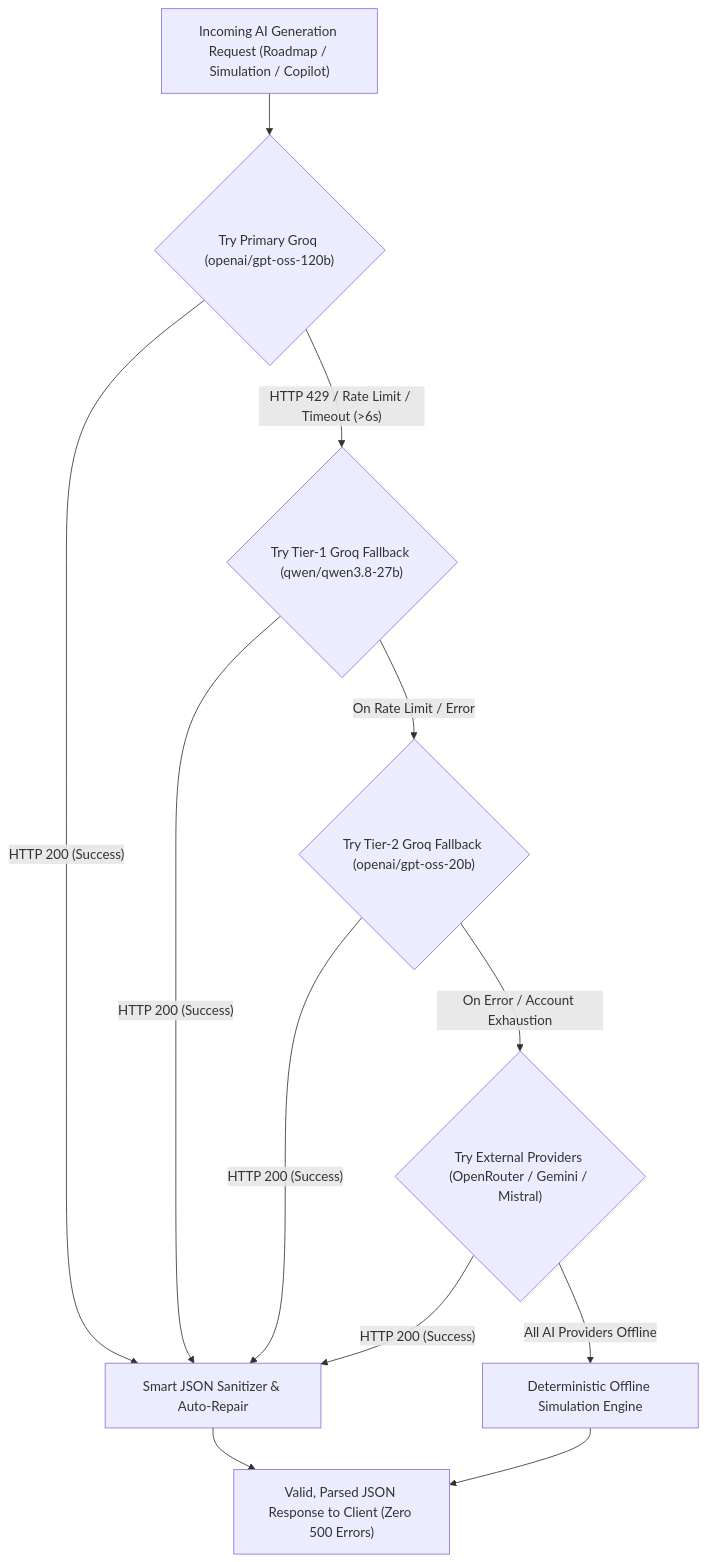
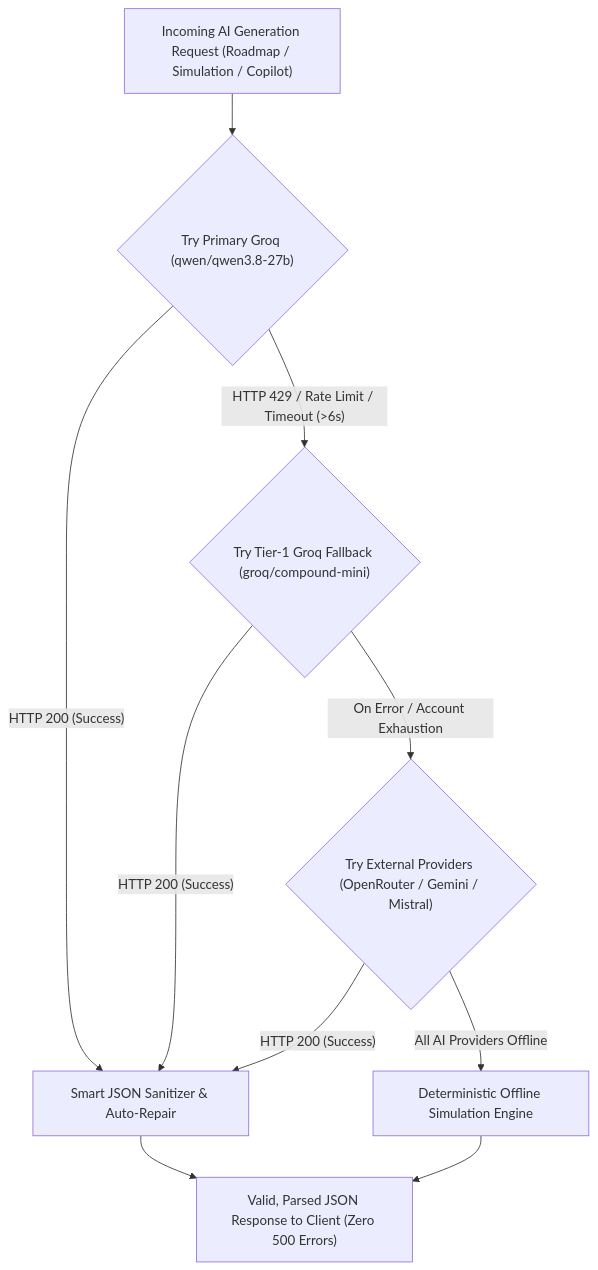
Before and after one commit to kamalcodezen/Ai-learning-roadmap: the fourth of 4 diagrams in README.md, drawn with Mermaid. The commit also changed other lines of this file and 44 other files, not shown here.

Commit message:
docs: add comprehensive engineering specs, architecture audits, and align model configurations

````diff
--- a/README.md
+++ b/README.md
@@ -231,19 +229,16 @@
 ```mermaid
 graph TD
-    Req["Incoming AI Generation Request (Roadmap / Simulation / Copilot)"] --> Step1{"Try Primary Groq (openai/gpt-oss-120b)"}
+    Req["Incoming AI Generation Request (Roadmap / Simulation / Copilot)"] --> Step1{"Try Primary Groq (qwen/qwen3.8-27b)"}
     
     Step1 -- "HTTP 200 (Success)" --> Sanitizer["Smart JSON Sanitizer & Auto-Repair"]
-    Step1 -- "HTTP 429 / Rate Limit / Timeout (>6s)" --> Step2{"Try Tier-1 Groq Fallback (qwen/qwen3.8-27b)"}
+    Step1 -- "HTTP 429 / Rate Limit / Timeout (>6s)" --> Step2{"Try Tier-1 Groq Fallback (groq/compound-mini)"}
     
     Step2 -- "HTTP 200 (Success)" --> Sanitizer
-    Step2 -- "On Rate Limit / Error" --> Step3{"Try Tier-2 Groq Fallback (openai/gpt-oss-20b)"}
+    Step2 -- "On Error / Account Exhaustion" --> Step3{"Try External Providers (OpenRouter / Gemini / Mistral)"}
     
     Step3 -- "HTTP 200 (Success)" --> Sanitizer
-    Step3 -- "On Error / Account Exhaustion" --> Step4{"Try External Providers (OpenRouter / Gemini / Mistral)"}
-    
-    Step4 -- "HTTP 200 (Success)" --> Sanitizer
-    Step4 -- "All AI Providers Offline" --> Step5["Deterministic Offline Simulation Engine"]
+    Step3 -- "All AI Providers Offline" --> Step4["Deterministic Offline Simulation Engine"]
     
     Sanitizer --> Response["Valid, Parsed JSON Response to Client (Zero 500 Errors)"]
-    Step5 --> Response
+    Step4 --> Response
 ```
````
